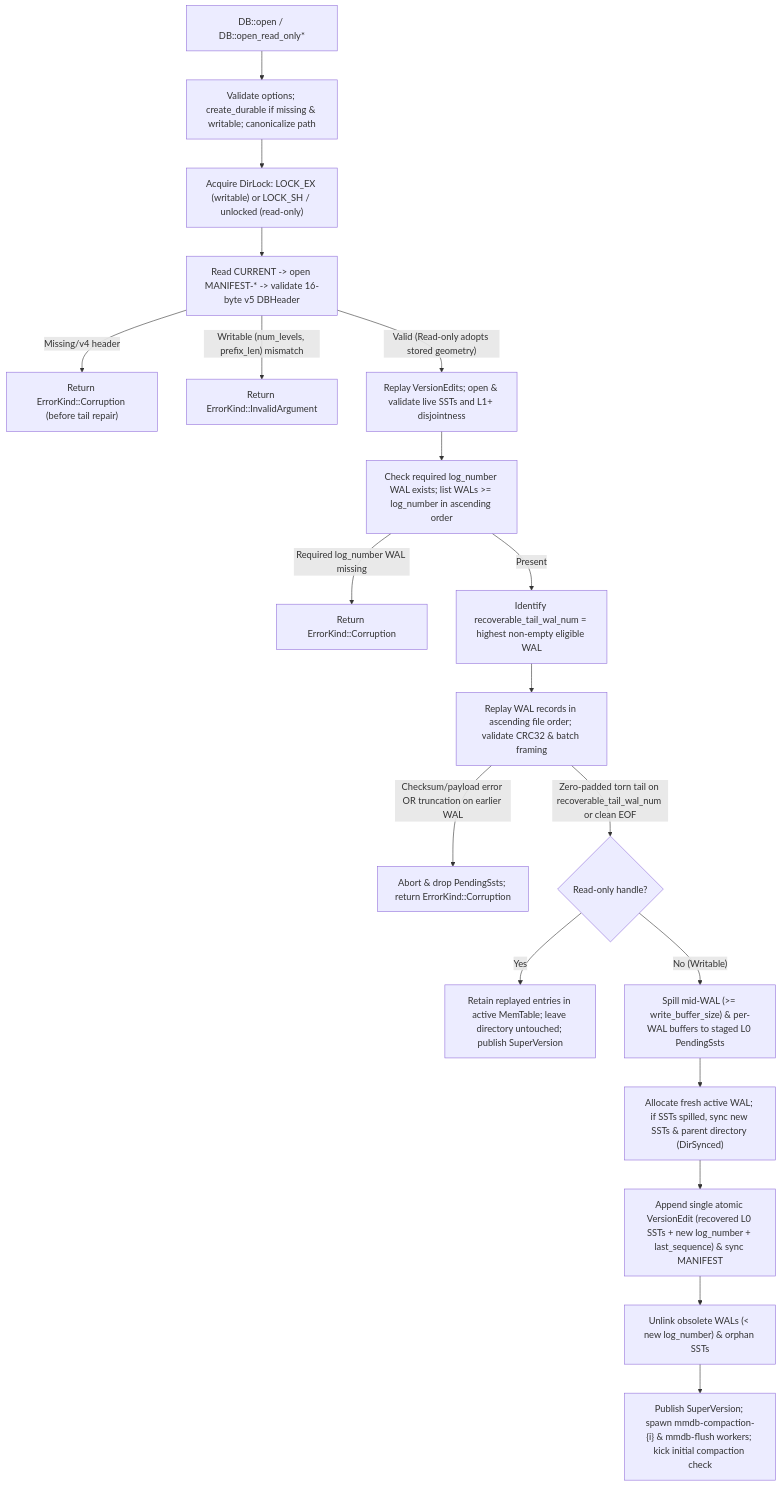
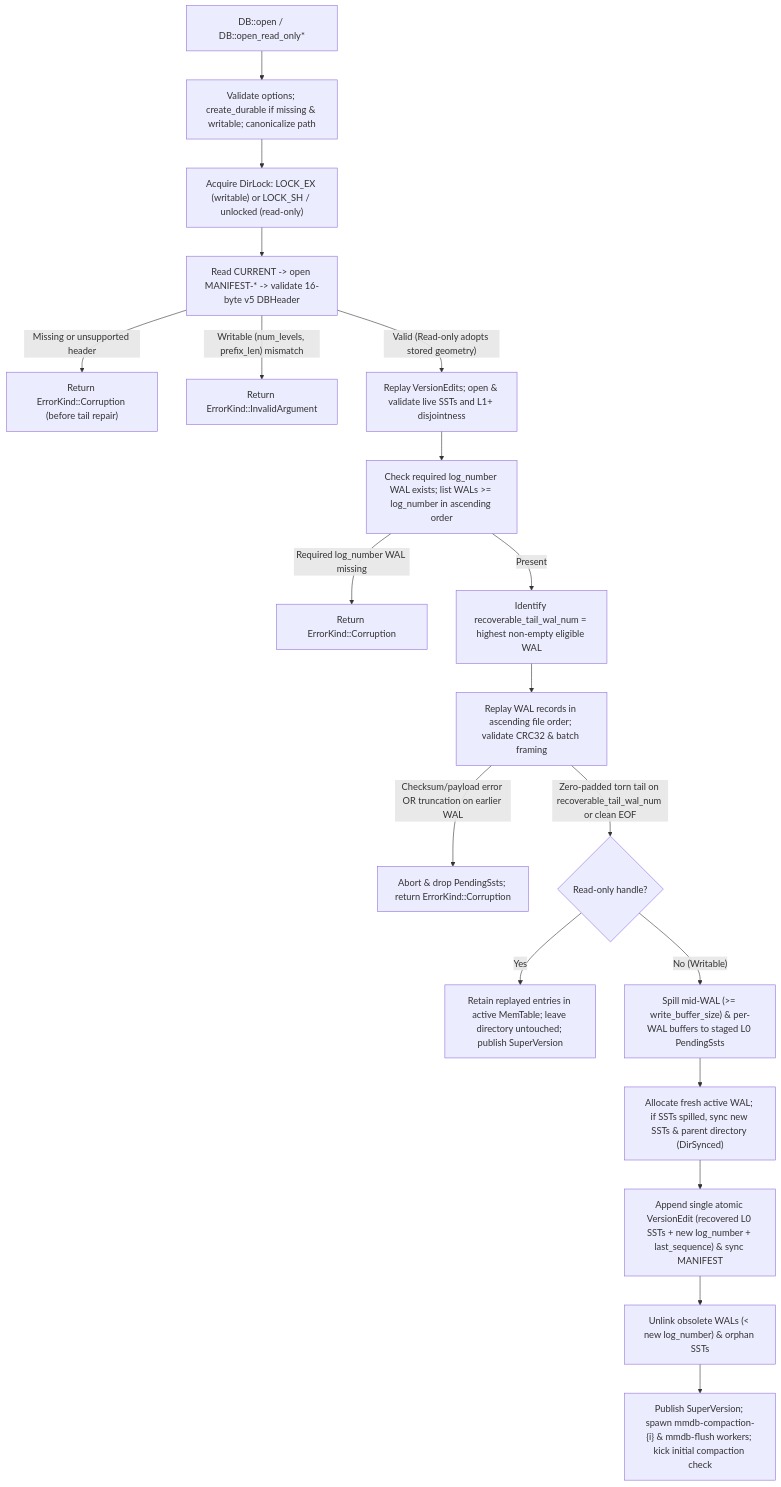
The sixth of 9 diagrams in docs/architecture.md (rust-util-collections/mmdb), drawn with Mermaid before and after one commit. The commit also changed other lines of this file and 49 other files, not shown here.

````diff
--- a/docs/architecture.md
+++ b/docs/architecture.md
@@ -415,23 +414,23 @@
 ```mermaid
 flowchart TD
     O1["DB::open / DB::open_read_only*"] --> O2["Validate options; create_durable if missing & writable; canonicalize path"]
     O2 --> O3["Acquire DirLock: LOCK_EX (writable) or LOCK_SH / unlocked (read-only)"]
     O3 --> O4["Read CURRENT -> open MANIFEST-* -> validate 16-byte v5 DBHeader"]
-    O4 -- "Missing/v4 header" --> CORR1["Return ErrorKind::Corruption (before tail repair)"]
+    O4 -- "Missing or unsupported header" --> CORR1["Return ErrorKind::Corruption (before tail repair)"]
     O4 -- "Writable (num_levels, prefix_len) mismatch" --> INV["Return ErrorKind::InvalidArgument"]
     O4 -- "Valid (Read-only adopts stored geometry)" --> O5["Replay VersionEdits; open & validate live SSTs and L1+ disjointness"]
 
     O5 --> O6["Check required log_number WAL exists; list WALs >= log_number in ascending order"]
     O6 -- "Required log_number WAL missing" --> CORR2["Return ErrorKind::Corruption"]
     O6 -- "Present" --> O7["Identify recoverable_tail_wal_num = highest non-empty eligible WAL"]
     O7 --> O8["Replay WAL records in ascending file order; validate CRC32 & batch framing"]
     O8 -- "Checksum/payload error OR truncation on earlier WAL" --> CORR3["Abort & drop PendingSsts; return ErrorKind::Corruption"]
     O8 -- "Zero-padded torn tail on recoverable_tail_wal_num or clean EOF" --> O9{"Read-only handle?"}
 
     O9 -- "Yes" --> RO["Retain replayed entries in active MemTable; leave directory untouched; publish SuperVersion"]
     O9 -- "No (Writable)" --> WR1["Spill mid-WAL (>= write_buffer_size) & per-WAL buffers to staged L0 PendingSsts"]
     WR1 --> WR2["Allocate fresh active WAL; if SSTs spilled, sync new SSTs & parent directory (DirSynced)"]
     WR2 --> WR3["Append single atomic VersionEdit (recovered L0 SSTs + new log_number + last_sequence) & sync MANIFEST"]
     WR3 --> WR4["Unlink obsolete WALs (< new log_number) & orphan SSTs"]
     WR4 --> WR5["Publish SuperVersion; spawn mmdb-compaction-{i} & mmdb-flush workers; kick initial compaction check"]
 ```
````
